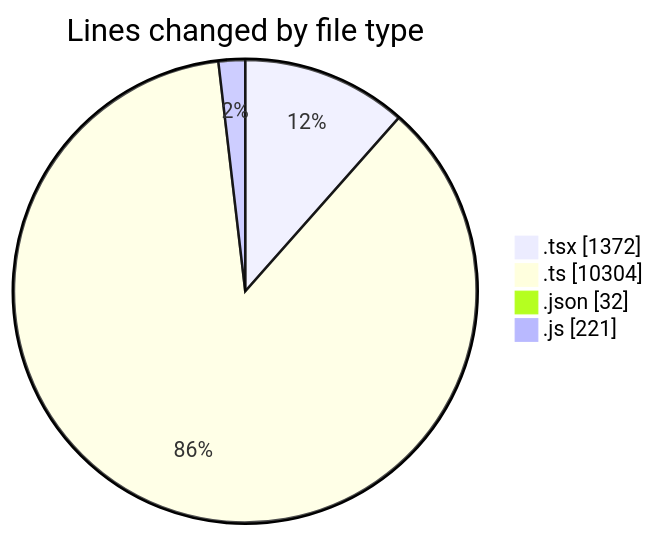
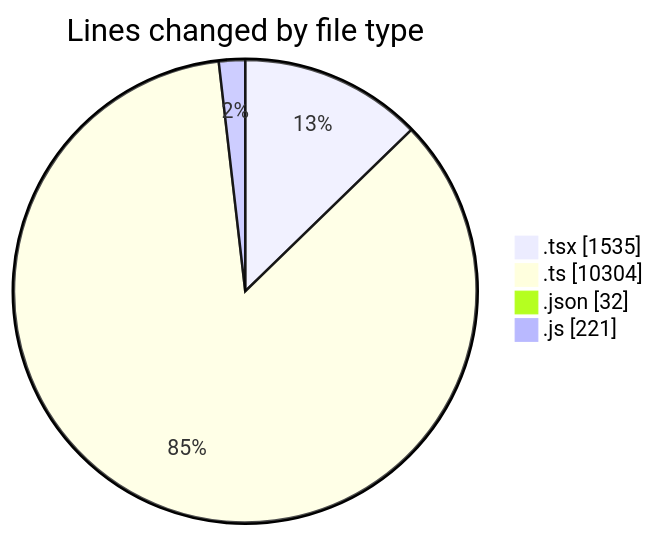
The first of 2 diagrams in 2026-07-22/cda/README.md (momahboobian/code-tracking), drawn with Mermaid before and after one commit. The commit also changed other lines of this file and 1 other file, not shown here.

````diff
--- a/2026-07-22/cda/README.md
+++ b/2026-07-22/cda/README.md
@@ -32,8 +32,8 @@
 ```mermaid
 pie showData
 title Lines changed by file type
-".tsx" : 1372
+".tsx" : 1535
 ".ts" : 10304
 ".json" : 32
 ".js" : 221
 ```
````
